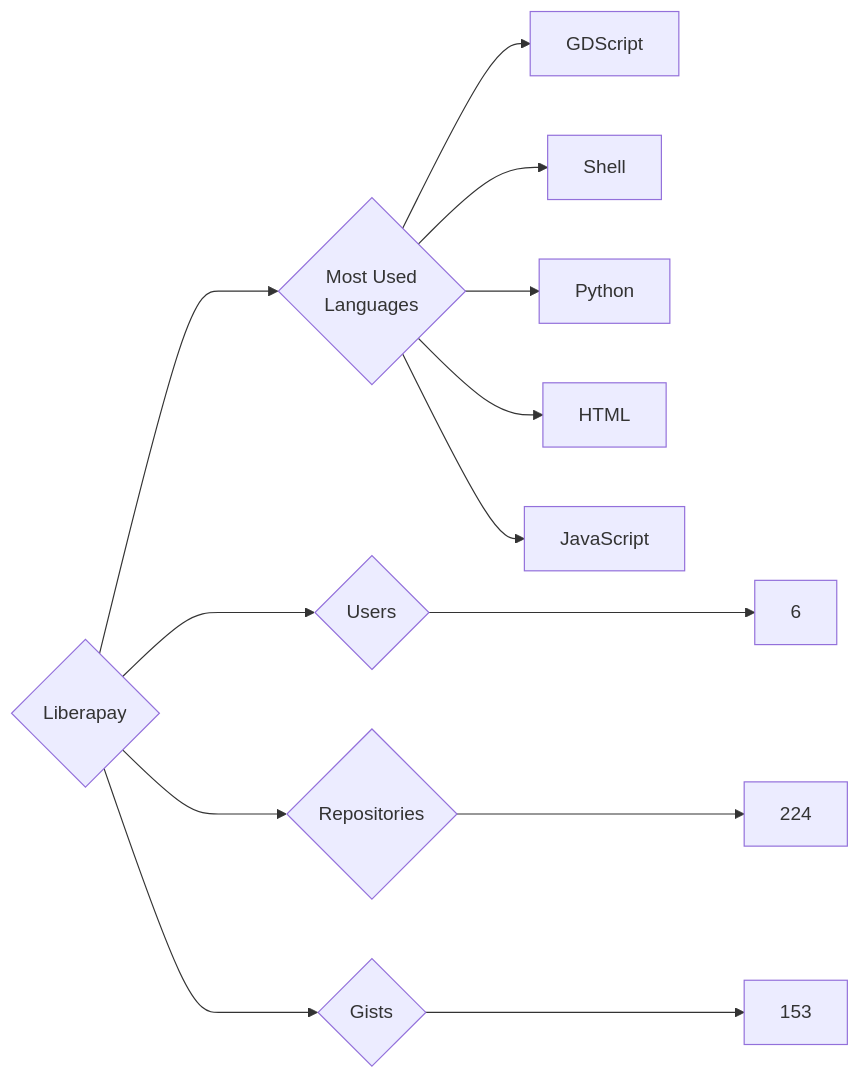
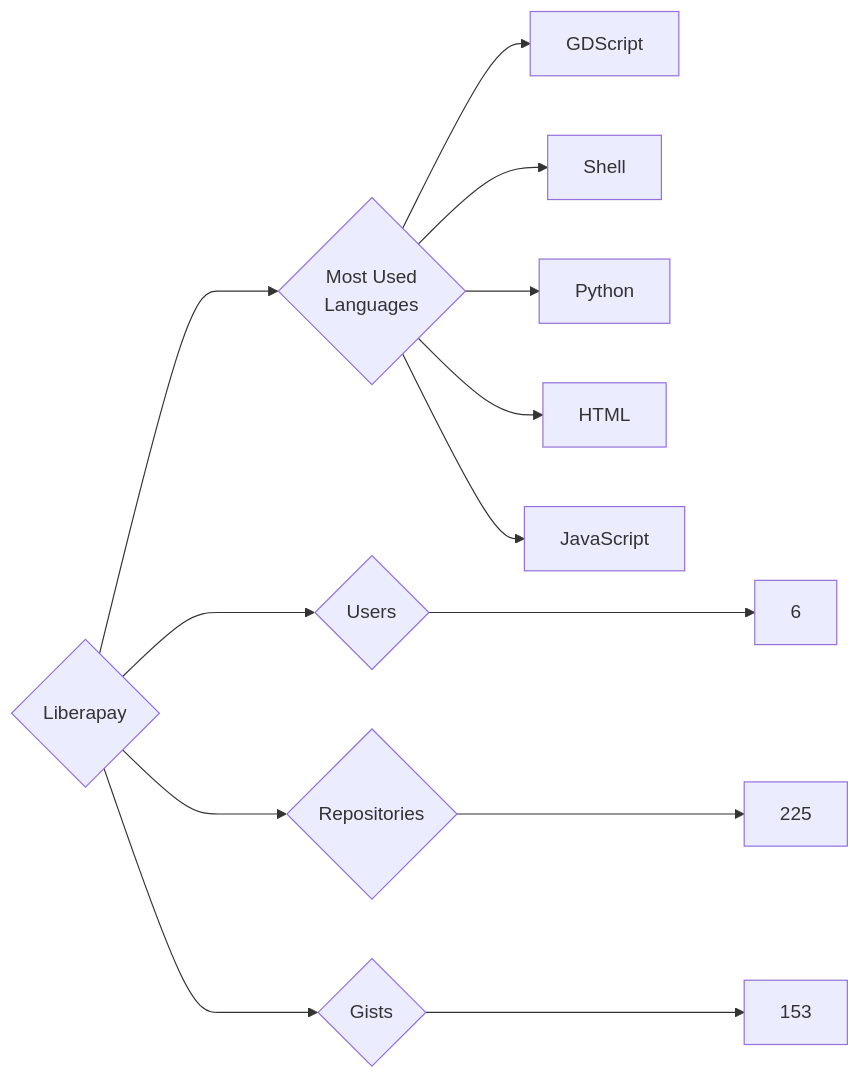
Before and after one commit to trickest/insiders: the diagram in targets/Liberapay/README.md, drawn with Mermaid. The commit also changed 797 other files, not shown here.

````diff
--- a/targets/Liberapay/README.md
+++ b/targets/Liberapay/README.md
@@ -3,13 +3,13 @@
 ```mermaid
 graph LR
 COMPANY_NAME{Liberapay}
 COMPANY_NAME ---> U{Users} ---> UN[6]
-COMPANY_NAME ---> R{Repositories} ---> RN[224]
+COMPANY_NAME ---> R{Repositories} ---> RN[225]
 COMPANY_NAME ---> G{Gists} ---> GN[153]
 COMPANY_NAME ---> ML{Most Used<br>Languages}
 ML --> GDScript[GDScript]
 ML --> Shell[Shell]
 ML --> Python[Python]
 ML --> HTML[HTML]
 ML --> JavaScript[JavaScript]
 ```
````
